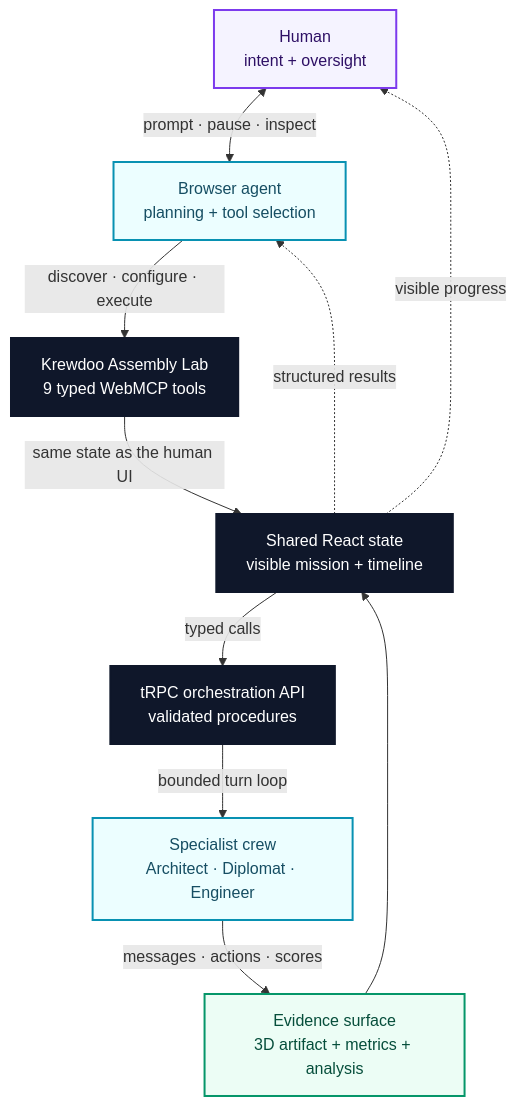
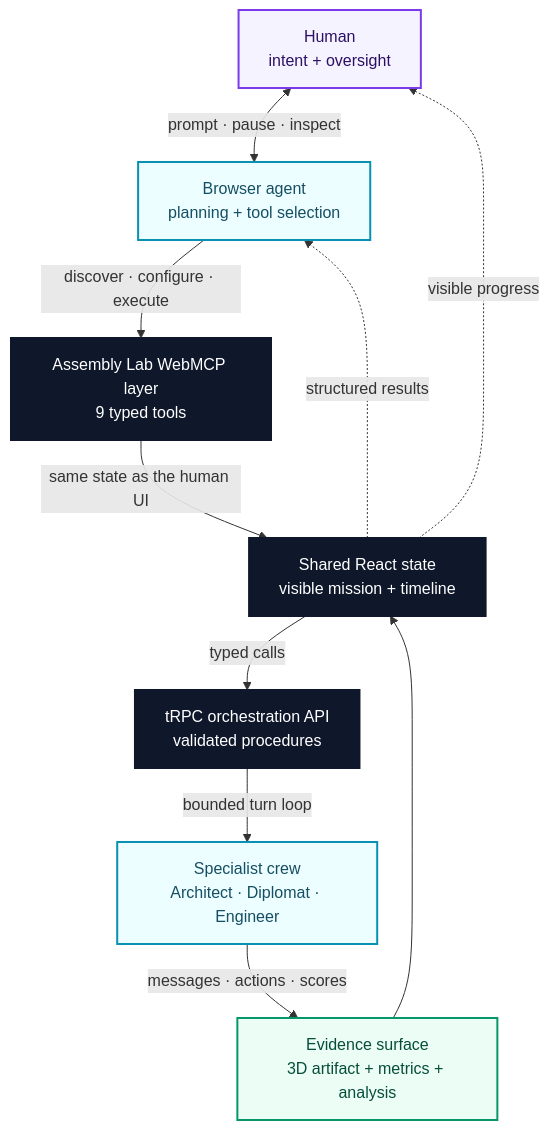
The diagram in docs/webmcp-architecture.mmd (mlmrx/lego-claw-platform), drawn with Mermaid before and after one commit. The commit also changed 59 other files, not shown here.

```diff
--- a/docs/webmcp-architecture.mmd
+++ b/docs/webmcp-architecture.mmd
@@ -1,27 +1,27 @@
 flowchart TB
   Human["Human\nintent + oversight"]
   Browser["Browser agent\nplanning + tool selection"]
-  WebMCP["Krewdoo Assembly Lab\n9 typed WebMCP tools"]
+  WebMCP["Assembly Lab WebMCP layer\n9 typed tools"]
   UI["Shared React state\nvisible mission + timeline"]
   API["tRPC orchestration API\nvalidated procedures"]
   Crew["Specialist crew\nArchitect · Diplomat · Engineer"]
   Artifact["Evidence surface\n3D artifact + metrics + analysis"]
 
   Human <-->|"prompt · pause · inspect"| Browser
   Browser -->|"discover · configure · execute"| WebMCP
   WebMCP -->|"same state as the human UI"| UI
   UI -->|"typed calls"| API
   API -->|"bounded turn loop"| Crew
   Crew -->|"messages · actions · scores"| Artifact
   Artifact --> UI
   UI -.->|"visible progress"| Human
   UI -.->|"structured results"| Browser
 
   classDef human fill:#F5F3FF,stroke:#7C3AED,color:#2E1065,stroke-width:2px
   classDef agent fill:#ECFEFF,stroke:#0891B2,color:#164E63,stroke-width:2px
   classDef core fill:#0F172A,stroke:#0F172A,color:#FFFFFF,stroke-width:2px
   classDef evidence fill:#ECFDF5,stroke:#059669,color:#064E3B,stroke-width:2px
   class Human human
   class Browser,Crew agent
   class WebMCP,UI,API core
   class Artifact evidence
```
